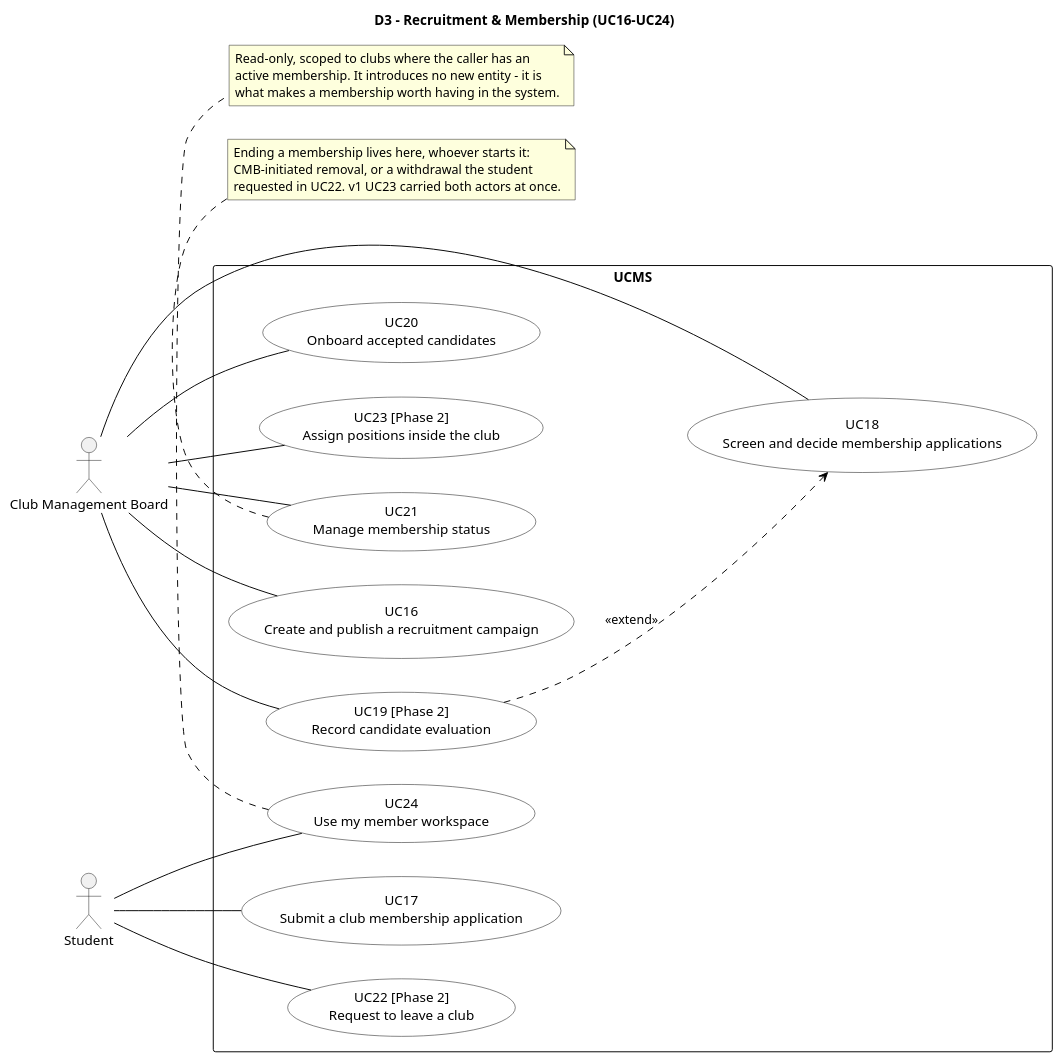
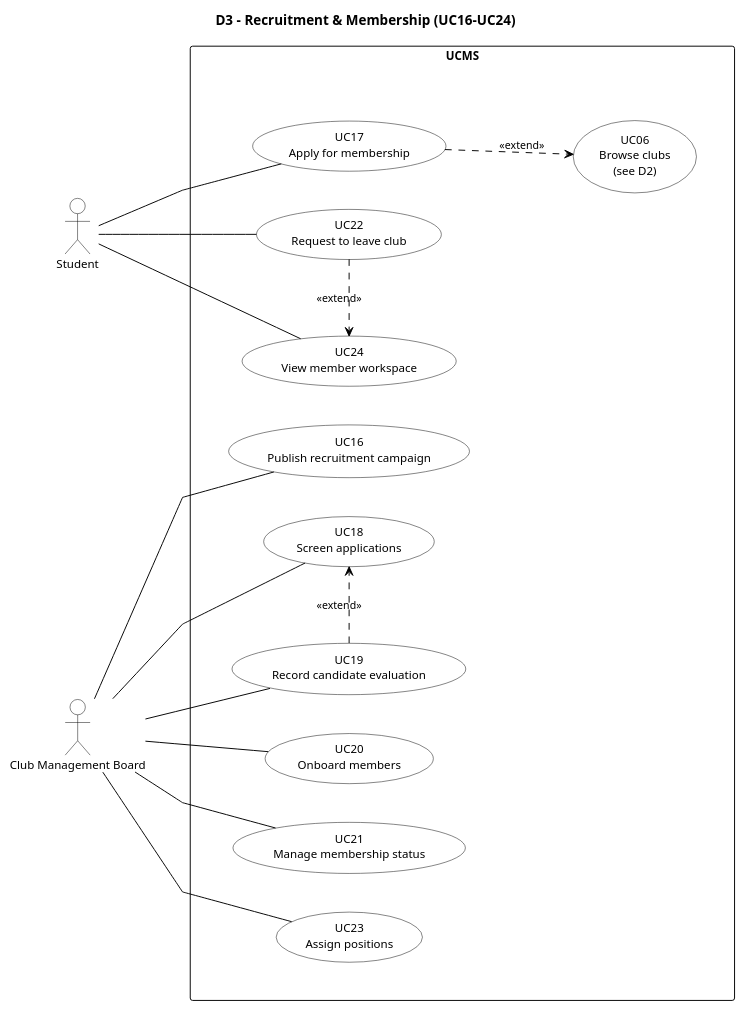
One commit to nvdekay/ClubManagementSystem changed the diagram in docs/diagrams/v2/D3_RecruitmentMembership.puml. Above: the diagram before and after it, drawn with PlantUML. The commit also changed 10 other files, not shown here.

First line of the commit message:
docs: redraw the v2 use case diagrams in Visual Paradigm style

```diff
--- a/docs/diagrams/v2/D3_RecruitmentMembership.puml
+++ b/docs/diagrams/v2/D3_RecruitmentMembership.puml
@@ -1,66 +1,69 @@
 @startuml v2_D3_RecruitmentMembership
 left to right direction
+skinparam linetype polyline
+skinparam nodesep 40
+skinparam ranksep 60
 skinparam backgroundColor White
 skinparam shadowing false
 skinparam defaultFontName Helvetica
+skinparam defaultFontSize 12
+skinparam ArrowColor Black
+skinparam ArrowFontSize 11
+skinparam actor {
+  BackgroundColor White
+  BorderColor Black
+}
 skinparam usecase {
   BackgroundColor White
   BorderColor Black
-  ArrowColor Black
 }
 skinparam rectangle {
   BackgroundColor White
   BorderColor Black
 }
+skinparam package {
+  BackgroundColor White
+  BorderColor Black
+}
+' inner frame: invisible, only adds padding inside the system boundary
+skinparam rectangle<<inner>> {
+  BorderColor Transparent
+  FontColor Transparent
+}
+hide <<inner>> stereotype
 
 title D3 - Recruitment & Membership (UC16-UC24)
 
 actor "Student" as STU
 actor "Club Management Board" as CMB
 
-rectangle UCMS {
-  usecase UC16 as "UC16
-  Create and publish a recruitment campaign"
-  usecase UC17 as "UC17
-  Submit a club membership application"
-  usecase UC18 as "UC18
-  Screen and decide membership applications"
-  usecase UC19 as "UC19 [Phase 2]
-  Record candidate evaluation"
-  usecase UC20 as "UC20
-  Onboard accepted candidates"
-  usecase UC21 as "UC21
-  Manage membership status"
-  usecase UC22 as "UC22 [Phase 2]
-  Request to leave a club"
-  usecase UC23 as "UC23 [Phase 2]
-  Assign positions inside the club"
-  usecase UC24 as "UC24
-  Use my member workspace"
+rectangle "UCMS" {
+  rectangle " " <<inner>> {
+    usecase "UC06\nBrowse clubs\n(see D2)" as UC06
+    usecase "UC16\nPublish recruitment campaign" as UC16
+    usecase "UC17\nApply for membership" as UC17
+    usecase "UC18\nScreen applications" as UC18
+    usecase "UC19\nRecord candidate evaluation" as UC19
+    usecase "UC20\nOnboard members" as UC20
+    usecase "UC21\nManage membership status" as UC21
+    usecase "UC22\nRequest to leave club" as UC22
+    usecase "UC23\nAssign positions" as UC23
+    usecase "UC24\nView member workspace" as UC24
+  }
 }
 
-UC19 ..> UC18 : <<extend>>
+STU -- UC17
+STU -- UC22
+STU -- UC24
 
 CMB -- UC16
 CMB -- UC18
 CMB -- UC19
 CMB -- UC20
 CMB -- UC21
 CMB -- UC23
 
-STU -- UC17
-STU -- UC22
-STU -- UC24
-
-note bottom of UC21
-  Ending a membership lives here, whoever starts it:
-  CMB-initiated removal, or a withdrawal the student
-  requested in UC22. v1 UC23 carried both actors at once.
-end note
-
-note bottom of UC24
-  Read-only, scoped to clubs where the caller has an
-  active membership. It introduces no new entity - it is
-  what makes a membership worth having in the system.
-end note
+UC17 ..> UC06 : <<extend>>
+UC19 .[norank].> UC18 : <<extend>>
+UC22 .[norank].> UC24 : <<extend>>
 @enduml
```
